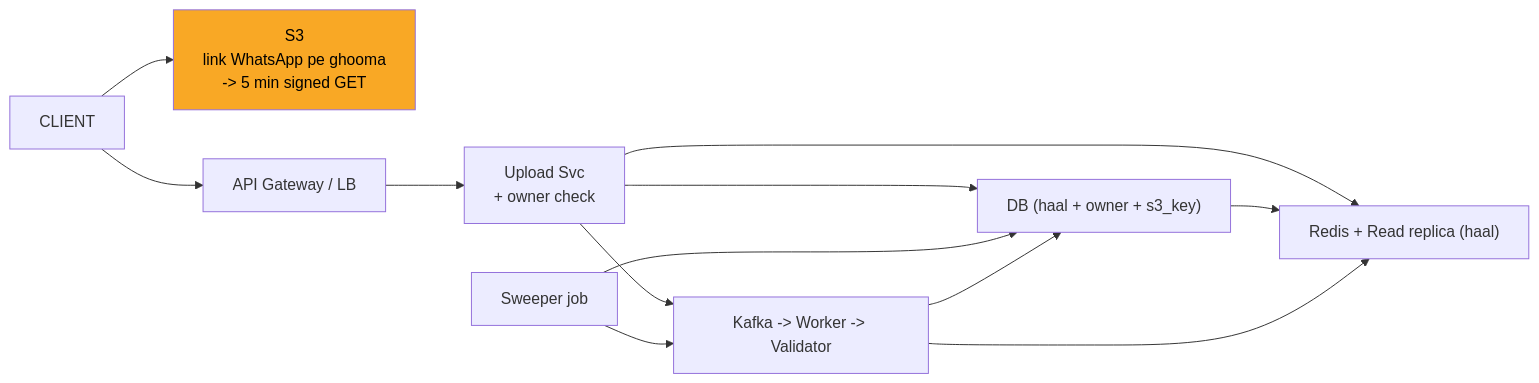
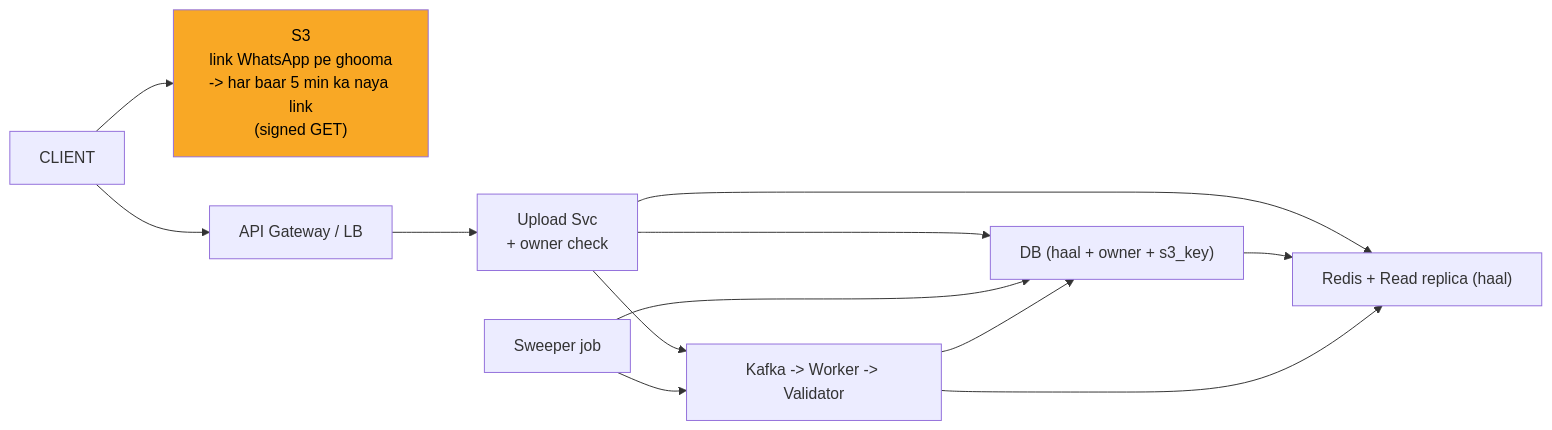
Before and after one commit to ArpanMaheshwari144/Prep: the ninth of 11 diagrams in 04_HLD/SYSTEM_DESIGNS/07_file_upload_validate_system/07_file_upload_INTERVIEW.md, drawn with Mermaid. The commit also changed other lines of this file and 13 other files, not shown here.

````diff
--- a/04_HLD/SYSTEM_DESIGNS/07_file_upload_validate_system/07_file_upload_INTERVIEW.md
+++ b/04_HLD/SYSTEM_DESIGNS/07_file_upload_validate_system/07_file_upload_INTERVIEW.md
@@ -346,23 +346,23 @@
 ```mermaid
 flowchart LR
     n_CLIENT["CLIENT"]
-    n_S3["S3<br/>link WhatsApp pe ghooma<br/>-> 5 min signed GET"]
+    n_S3["S3<br/>link WhatsApp pe ghooma<br/>-> har baar 5 min ka naya link<br/>(signed GET)"]
     n_API_Gateway_LB["API Gateway / LB"]
     n_Upload_Svc["Upload Svc<br/>+ owner check"]
     n_RC["Redis + Read replica (haal)"]
     n_DB["DB (haal + owner + s3_key)"]
     n_Sweeper_job["Sweeper job"]
     n_CHAIN["Kafka -> Worker -> Validator"]
     n_CLIENT --> n_S3
     n_CLIENT --> n_API_Gateway_LB
     n_API_Gateway_LB --> n_Upload_Svc
     n_Upload_Svc --> n_RC
     n_Upload_Svc --> n_DB
     n_DB --> n_RC
     n_Upload_Svc --> n_CHAIN
     n_Sweeper_job --> n_DB
     n_Sweeper_job --> n_CHAIN
     n_CHAIN --> n_DB
     n_CHAIN --> n_RC
     style n_S3 fill:#f9a825,color:#000
 ```
````
